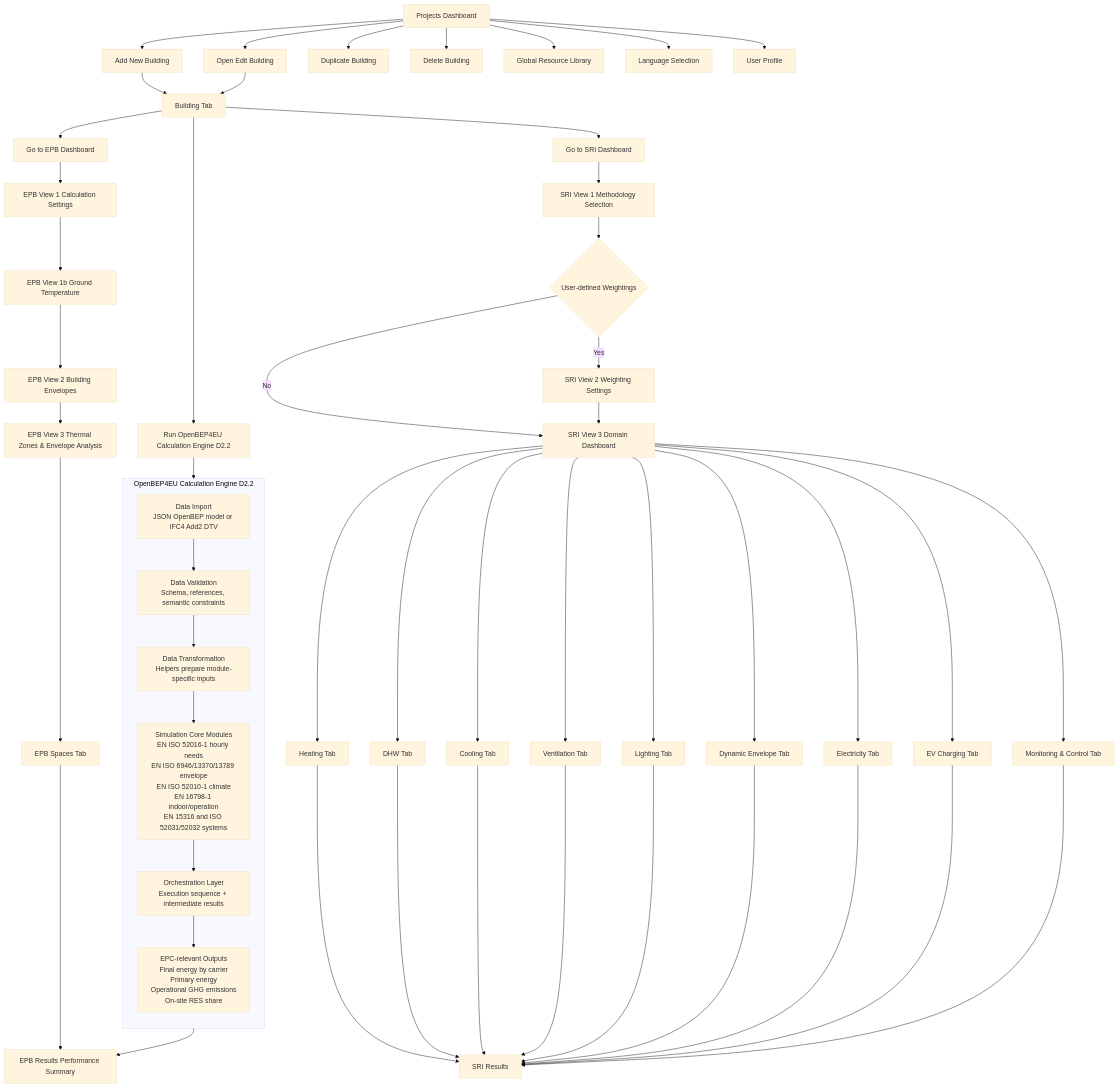
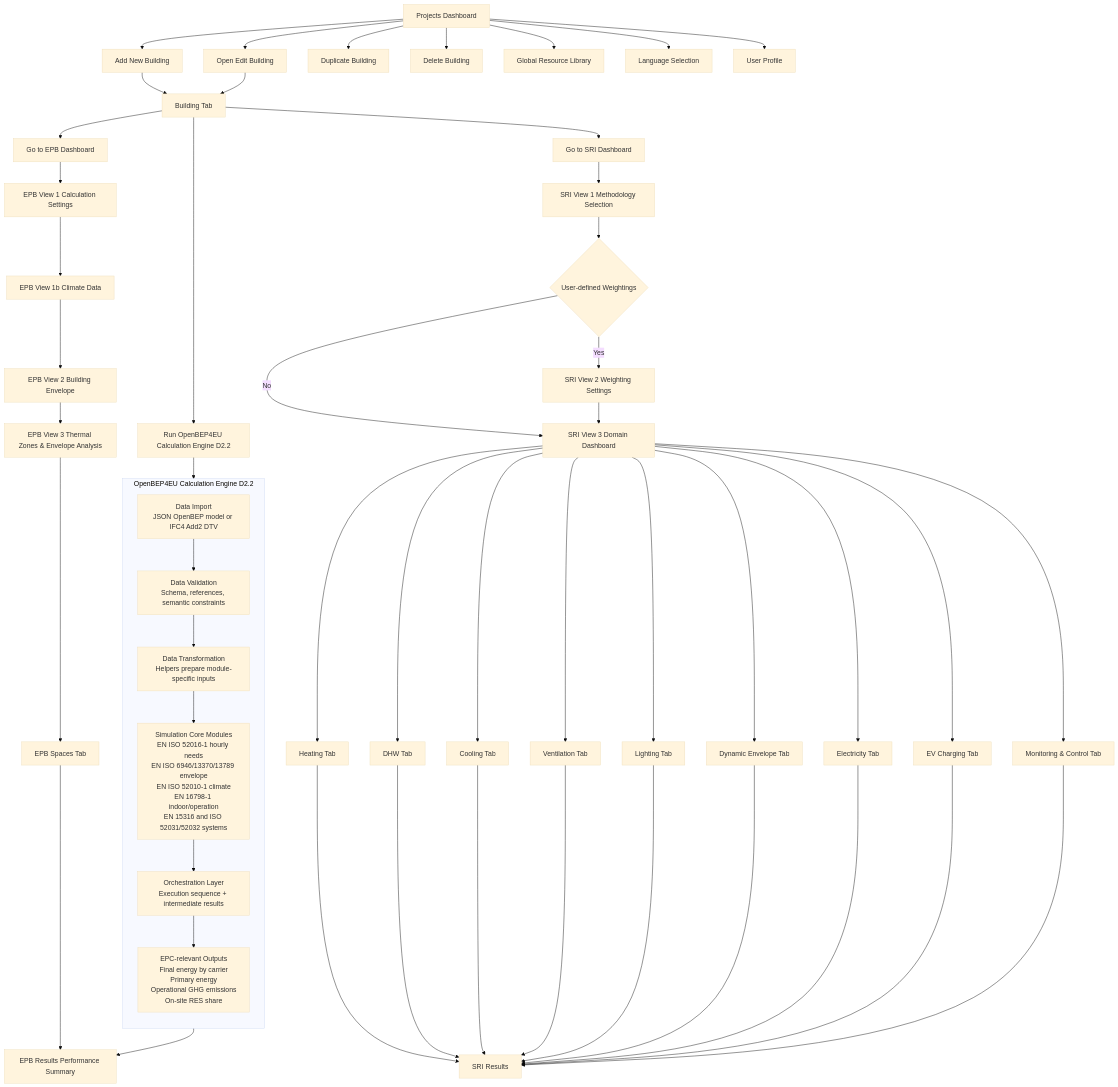
One commit to pantazis/-building-performance-app changed the diagram in input.mmd. Above: the diagram before and after it, drawn with Mermaid (base theme). The commit also changed 15 other files, not shown here.

```diff
--- a/input.mmd
+++ b/input.mmd
@@ -1,64 +1,64 @@
 flowchart TD
 
 A[Projects Dashboard] --> B[Add New Building]
 A --> C[Open Edit Building]
 A --> D[Duplicate Building]
 A --> E[Delete Building]
 A --> F[Global Resource Library]
 A --> G[Language Selection]
 A --> H[User Profile]
 
 B --> I[Building Tab]
 C --> I
 
 I --> J[Go to EPB Dashboard]
 I --> K[Go to SRI Dashboard]
 
 J --> EPB1[EPB View 1 Calculation Settings]
-EPB1 --> EPB1B[EPB View 1b Ground Temperature]
-EPB1B --> EPB2[EPB View 2 Building Envelopes]
+EPB1 --> EPB1B[EPB View 1b Climate Data]
+EPB1B --> EPB2[EPB View 2 Building Envelope]
 EPB2 --> EPB3[EPB View 3 Thermal Zones & Envelope Analysis]
 EPB3 --> EPBSPACES[EPB Spaces Tab]
 EPBSPACES --> EPB4[EPB Results Performance Summary]
 
 K --> SRI1[SRI View 1 Methodology Selection]
 SRI1 --> SRI2{User-defined Weightings}
 SRI2 -->|Yes| SRI3[SRI View 2 Weighting Settings]
 SRI2 -->|No| SRI4[SRI View 3 Domain Dashboard]
 SRI3 --> SRI4
 
 SRI4 --> SRI5[Heating Tab]
 SRI4 --> SRI6[DHW Tab]
 SRI4 --> SRI7[Cooling Tab]
 SRI4 --> SRI8[Ventilation Tab]
 SRI4 --> SRI9[Lighting Tab]
 SRI4 --> SRI10[Dynamic Envelope Tab]
 SRI4 --> SRI11[Electricity Tab]
 SRI4 --> SRI12[EV Charging Tab]
 SRI4 --> SRI13[Monitoring & Control Tab]
 
 SRI5 --> SRI14[SRI Results]
 SRI6 --> SRI14[SRI Results]
 SRI7 --> SRI14[SRI Results]
 SRI8 --> SRI14[SRI Results]
 SRI9 --> SRI14[SRI Results]
 SRI10 --> SRI14[SRI Results]
 SRI11 --> SRI14[SRI Results]
 SRI12 --> SRI14[SRI Results]
 SRI13 --> SRI14[SRI Results]
 
 %% D2.2 Advanced EU Kernel EPC Engine integration
 I --> CE0[Run OpenBEP4EU Calculation Engine D2.2]
 
 subgraph CE[OpenBEP4EU Calculation Engine D2.2]
 direction TB
 CE1[Data Import\nJSON OpenBEP model or IFC4 Add2 DTV]
 CE2[Data Validation\nSchema, references, semantic constraints]
 CE3[Data Transformation\nHelpers prepare module-specific inputs]
 CE4[Simulation Core Modules\nEN ISO 52016-1 hourly needs\nEN ISO 6946/13370/13789 envelope\nEN ISO 52010-1 climate\nEN 16798-1 indoor/operation\nEN 15316 and ISO 52031/52032 systems]
 CE5[Orchestration Layer\nExecution sequence + intermediate results]
 CE6[EPC-relevant Outputs\nFinal energy by carrier\nPrimary energy\nOperational GHG emissions\nOn-site RES share]
 end
 
 CE0 --> CE1 --> CE2 --> CE3 --> CE4 --> CE5 --> CE6
 CE6 --> EPB4
```
